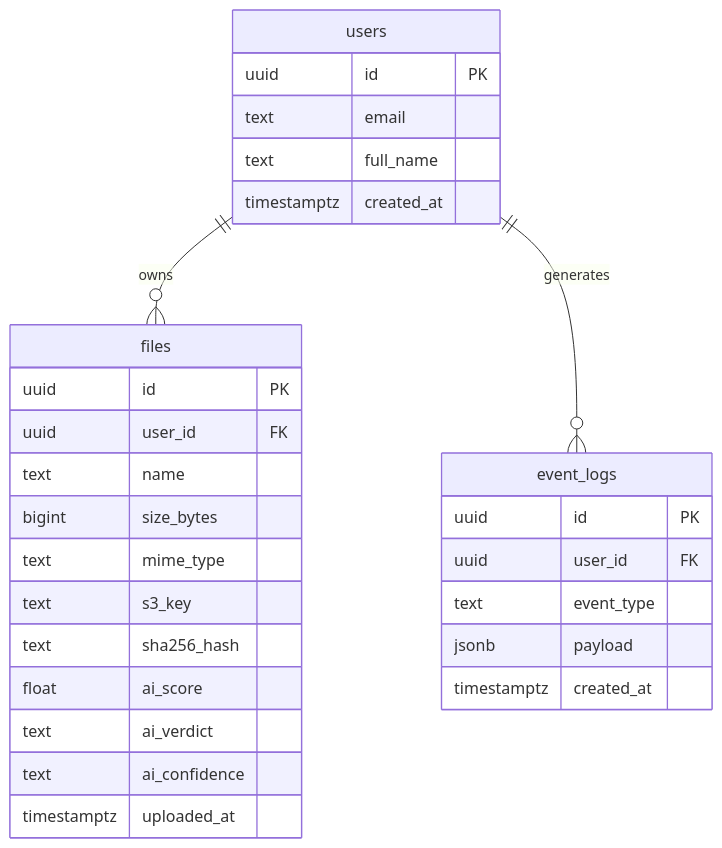
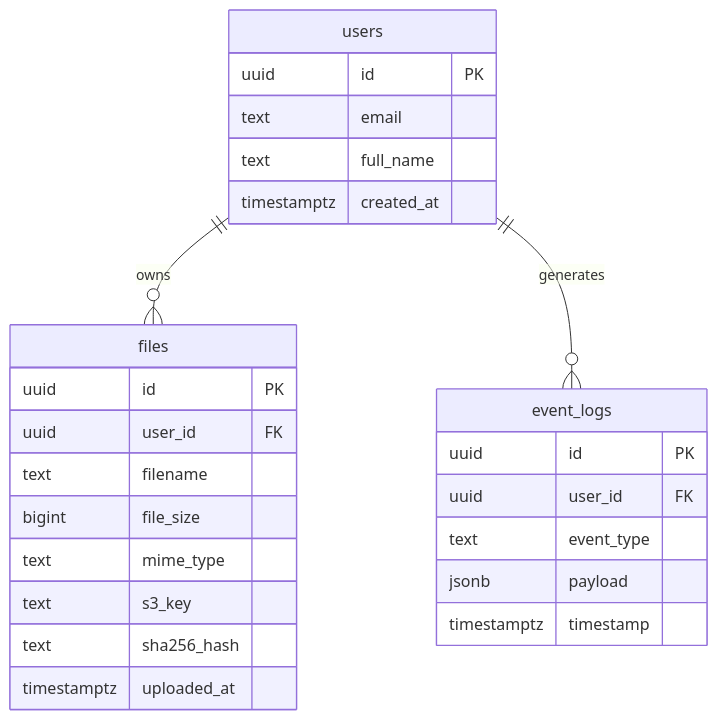
Before and after one commit to securitywithhem/vaultiq: diagram 12 of 13 in README.md, drawn with Mermaid. The commit also changed other lines of this file, not shown here.

````diff
--- a/README.md
+++ b/README.md
@@ -462,31 +549,28 @@
 ```mermaid
 erDiagram
     users {
         uuid id PK
         text email
         text full_name
         timestamptz created_at
     }
     files {
         uuid id PK
         uuid user_id FK
-        text name
-        bigint size_bytes
+        text filename
+        bigint file_size
         text mime_type
         text s3_key
         text sha256_hash
-        float ai_score
-        text ai_verdict
-        text ai_confidence
         timestamptz uploaded_at
     }
     event_logs {
         uuid id PK
         uuid user_id FK
         text event_type
         jsonb payload
-        timestamptz created_at
+        timestamptz timestamp
     }
     users ||--o{ files : owns
     users ||--o{ event_logs : generates
 ```
````
